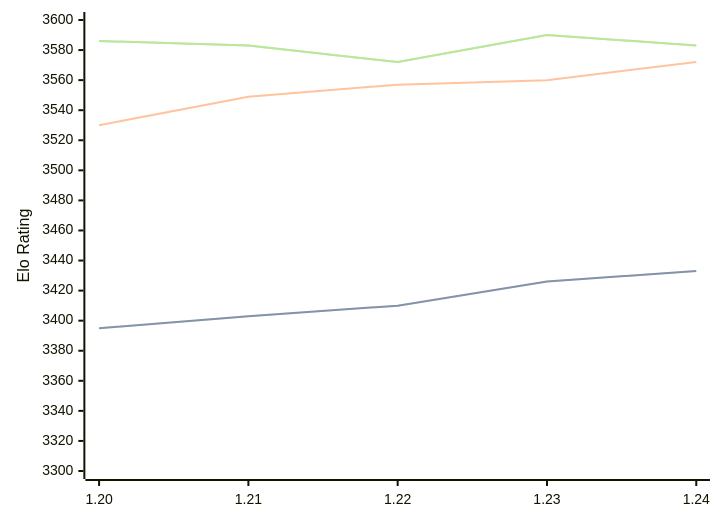
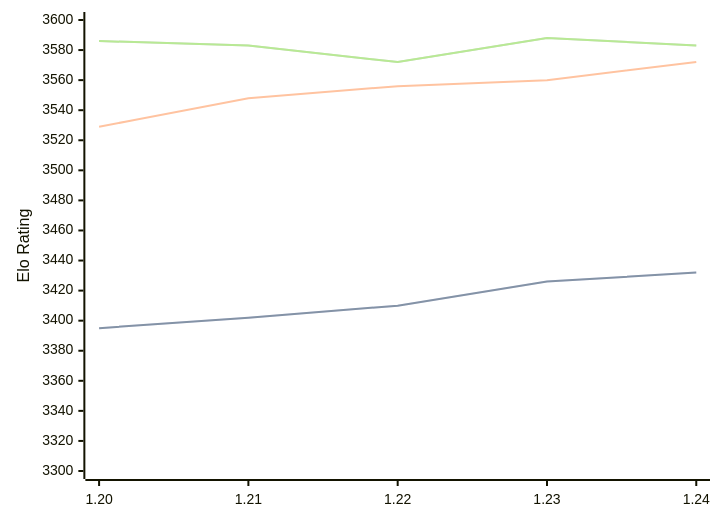
The diagram in engines/Caissa.md (computer-chess-index/cci), drawn with Mermaid before and after one commit. The commit also changed other lines of this file, not shown here.

Commit message:
Update CCI Ratings (ELO VLTC) - 2026-03-09

````diff
--- a/engines/Caissa.md
+++ b/engines/Caissa.md
@@ -62,11 +62,11 @@
 ```mermaid
 %%{init: {"theme":"base","themeVariables":{"seriesColors:['#a3a3a3','#222221','#faa371']}}}%%
 xychart-beta
   x-axis ["1.20", "1.21", "1.22", "1.23", "1.24"]
   y-axis "Elo Rating" 3300 --> 3600
-  line "STC (8.0+0.08s)" [3395, 3403, 3410, 3426, 3433]
-  line "STC (8.0+0.08s)" [3395, 3403, 3410, 3426, 3433]
-  line "LTC (60.0+0.60s)" [3530, 3549, 3557, 3560, 3572]
-  line "VLTC (2m24s+1.12s)" [3586, 3583, 3572, 3590, 3583]
-  line "VLTC (2m24s+1.12s)" [3586, 3583, 3572, 3590, 3583]
+  line "STC (8.0+0.08s)" [3395, 3402, 3410, 3426, 3432]
+  line "STC (8.0+0.08s)" [3395, 3402, 3410, 3426, 3432]
+  line "LTC (60.0+0.60s)" [3529, 3548, 3556, 3560, 3572]
+  line "VLTC (2m24s+1.12s)" [3586, 3583, 3572, 3588, 3583]
+  line "VLTC (2m24s+1.12s)" [3586, 3583, 3572, 3588, 3583]
 ```
````
